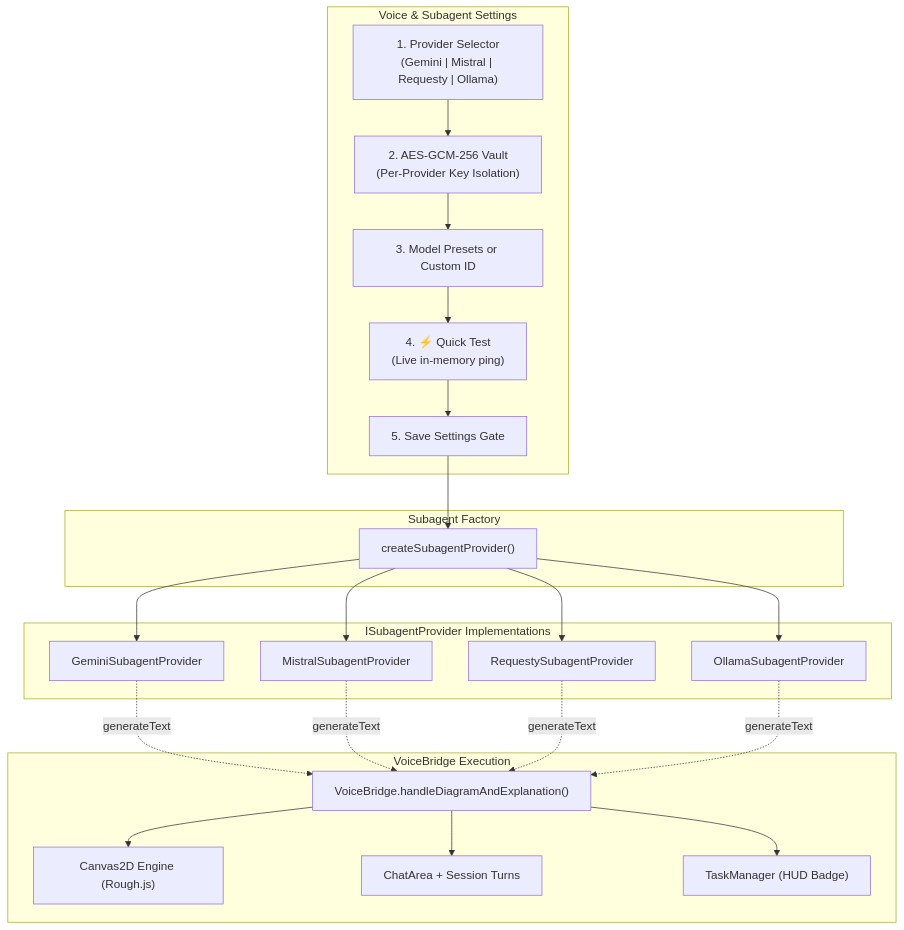
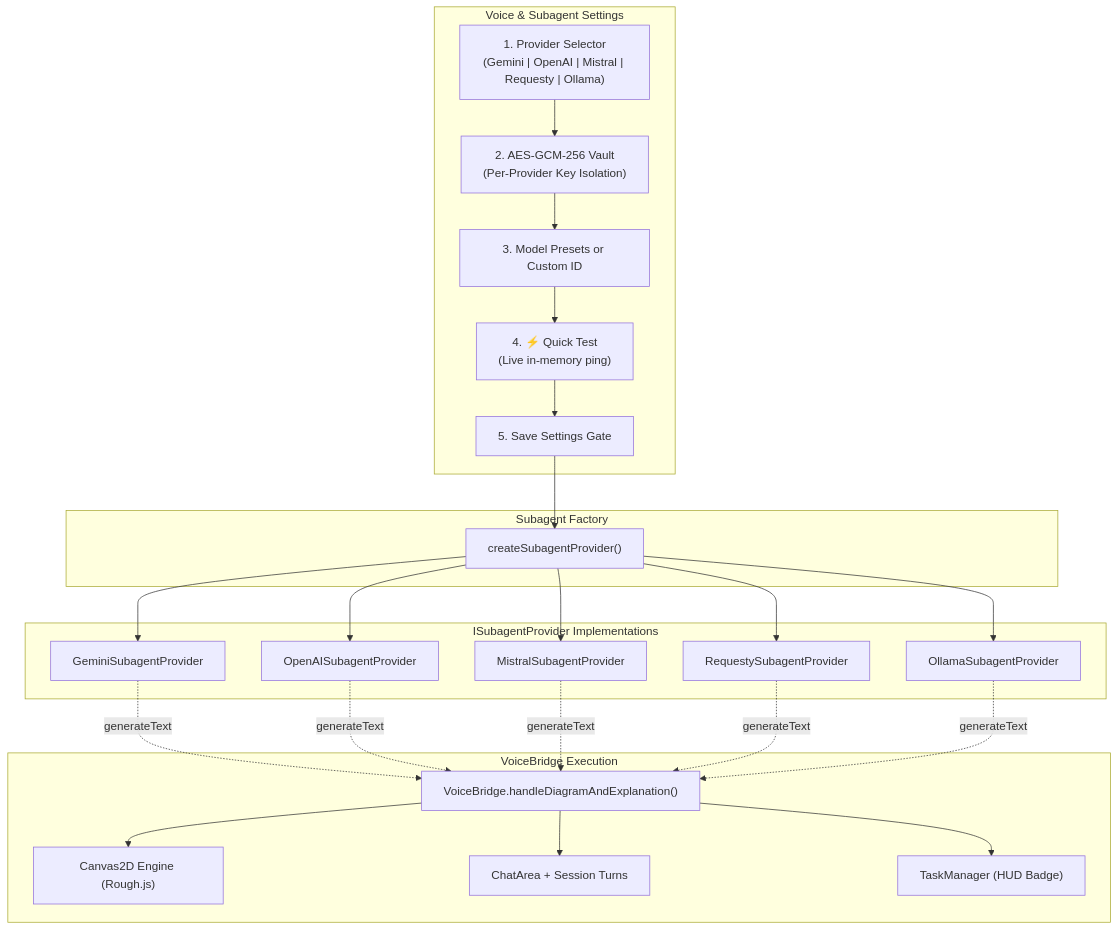
One commit to AmritSDutta/b_aassistant changed the diagram in docs/subagent-providers.mdx. Above: the diagram before and after it, drawn with Mermaid. The commit also changed other lines of this file and 36 other files, not shown here.

````diff
--- a/docs/subagent-providers.mdx
+++ b/docs/subagent-providers.mdx
@@ -24,32 +25,33 @@
 ```mermaid
 flowchart TD
     subgraph UI ["Voice & Subagent Settings"]
-        PSelect["1. Provider Selector<br/>(Gemini | Mistral | Requesty | Ollama)"]
+        PSelect["1. Provider Selector<br/>(Gemini | OpenAI | Mistral | Requesty | Ollama)"]
         Vault["2. AES-GCM-256 Vault<br/>(Per-Provider Key Isolation)"]
         MSelect["3. Model Presets or Custom ID"]
         QTest["4. ⚡ Quick Test<br/>(Live in-memory ping)"]
         SaveGate["5. Save Settings Gate"]
         PSelect --> Vault --> MSelect --> QTest --> SaveGate
     end
 
     subgraph Factory ["Subagent Factory"]
         SPF["createSubagentProvider()"]
         SaveGate --> SPF
     end
 
     subgraph Implementations ["ISubagentProvider Implementations"]
         GeminiImpl["GeminiSubagentProvider"]
+        OpenAIImpl["OpenAISubagentProvider"]
         MistralImpl["MistralSubagentProvider"]
         RequestyImpl["RequestySubagentProvider"]
         OllamaImpl["OllamaSubagentProvider"]
-        SPF --> GeminiImpl & MistralImpl & RequestyImpl & OllamaImpl
+        SPF --> GeminiImpl & OpenAIImpl & MistralImpl & RequestyImpl & OllamaImpl
     end
 
     subgraph Dispatch ["VoiceBridge Execution"]
         VB["VoiceBridge.handleDiagramAndExplanation()"]
-        GeminiImpl & MistralImpl & RequestyImpl & OllamaImpl -.->|generateText| VB
+        GeminiImpl & OpenAIImpl & MistralImpl & RequestyImpl & OllamaImpl -.->|generateText| VB
         VB --> Canvas["Canvas2D Engine (Rough.js)"]
         VB --> Chat["ChatArea + Session Turns"]
         VB --> Task["TaskManager (HUD Badge)"]
     end
 ```
````
